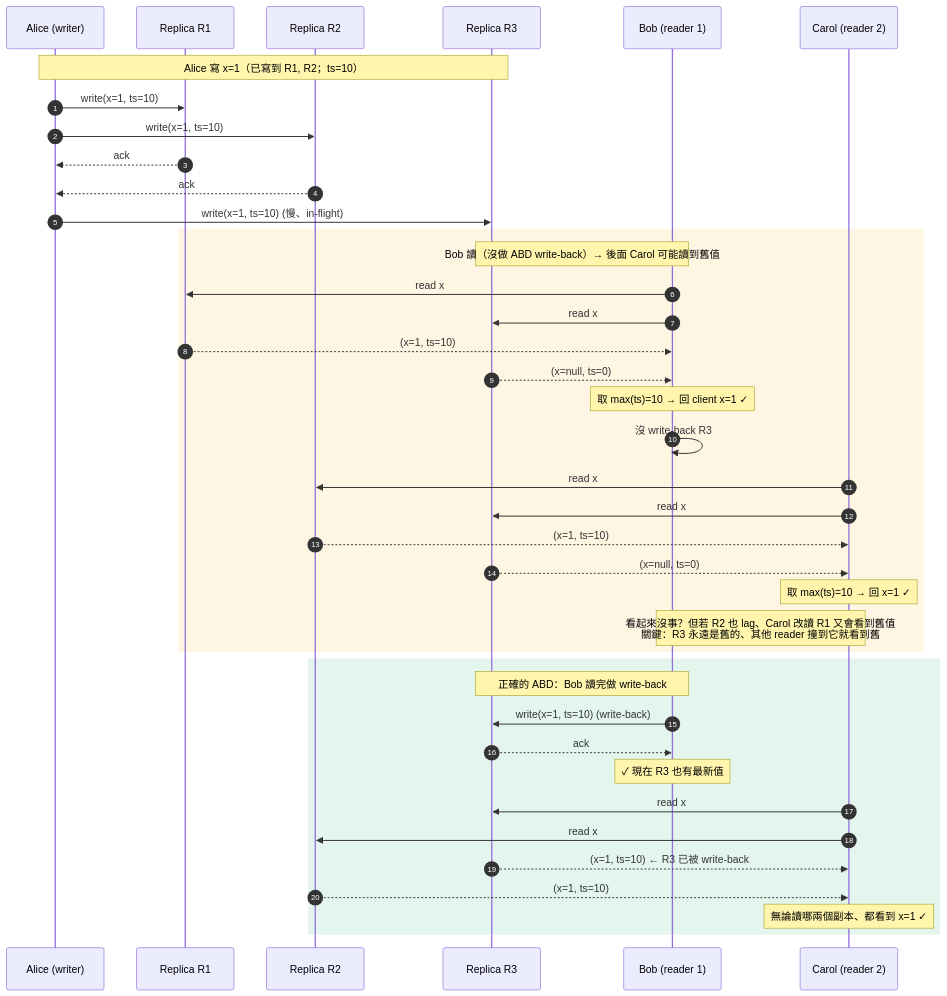
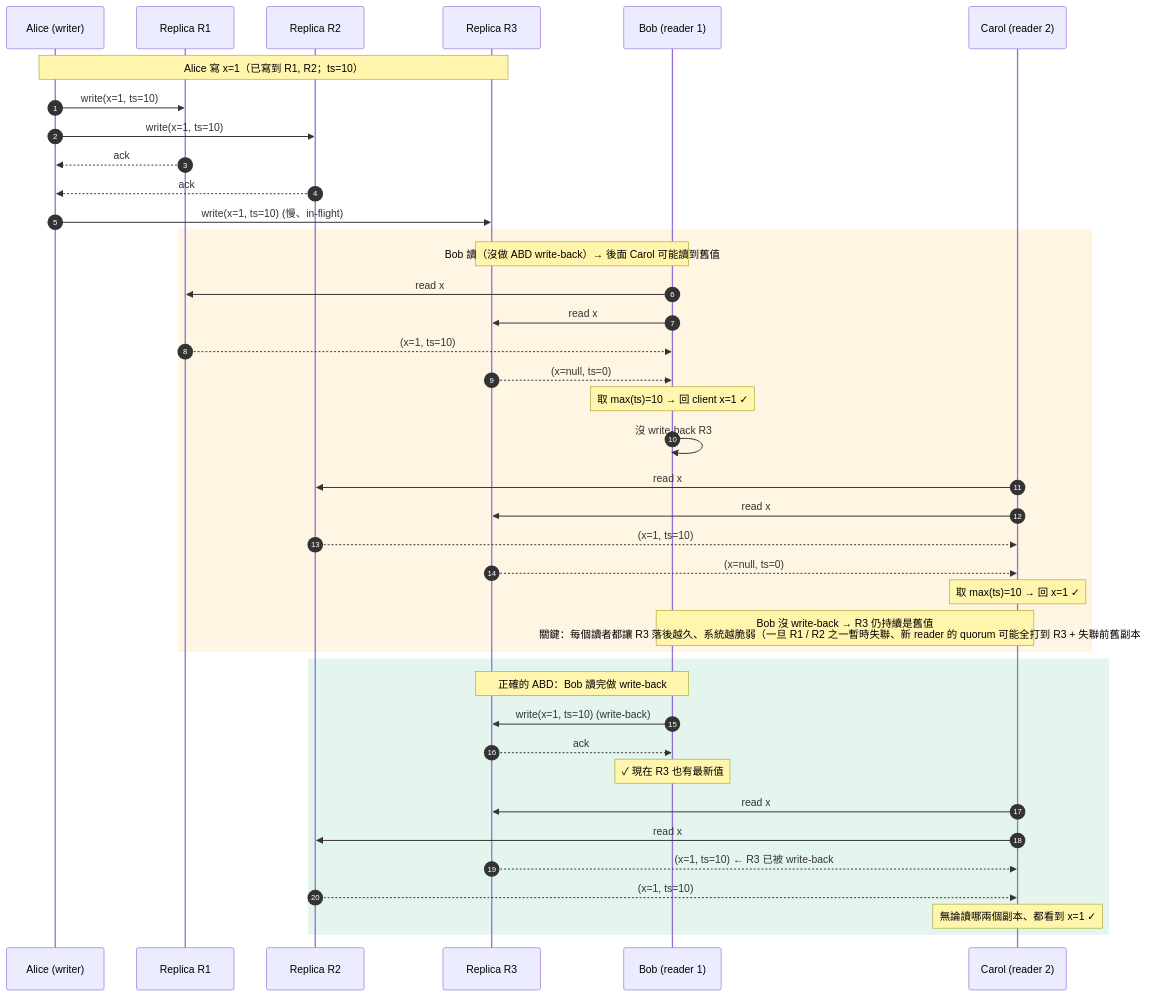
Before and after one commit to maplestartend/ddia-zh: the first of 4 diagrams in docs/part-2/ch09-consistency.md, drawn with Mermaid. The commit also changed other lines of this file and 32 other files, not shown here.

````diff
--- a/docs/part-2/ch09-consistency.md
+++ b/docs/part-2/ch09-consistency.md
@@ -88,46 +88,46 @@
 ```mermaid
 sequenceDiagram
     autonumber
     participant Alice as Alice (writer)
     participant R1 as Replica R1
     participant R2 as Replica R2
     participant R3 as Replica R3
     participant Bob as Bob (reader 1)
     participant Carol as Carol (reader 2)
 
     Note over Alice,R3: Alice 寫 x=1（已寫到 R1, R2；ts=10）
     Alice->>R1: write(x=1, ts=10)
     Alice->>R2: write(x=1, ts=10)
     R1-->>Alice: ack
     R2-->>Alice: ack
     Alice->>R3: write(x=1, ts=10) (慢、in-flight)
 
     rect rgba(255,200,100,0.18)
     Note over Bob,R3: Bob 讀（沒做 ABD write-back）→ 後面 Carol 可能讀到舊值
     Bob->>R1: read x
     Bob->>R3: read x
     R1-->>Bob: (x=1, ts=10)
     R3-->>Bob: (x=null, ts=0)
     Note over Bob: 取 max(ts)=10 → 回 client x=1 ✓
     Bob->>Bob: 沒 write-back R3
 
     Carol->>R2: read x
     Carol->>R3: read x
     R2-->>Carol: (x=1, ts=10)
     R3-->>Carol: (x=null, ts=0)
     Note over Carol: 取 max(ts)=10 → 回 x=1 ✓
-    Note over Bob,Carol: 看起來沒事？但若 R2 也 lag、Carol 改讀 R1 又會看到舊值<br/>關鍵：R3 永遠是舊的、其他 reader 撞到它就看到舊
+    Note over Bob,Carol: Bob 沒 write-back → R3 仍持續是舊值<br/>關鍵：每個讀者都讓 R3 落後越久、系統越脆弱（一旦 R1 / R2 之一暫時失聯、新 reader 的 quorum 可能全打到 R3 + 失聯前舊副本）
     end
 
     rect rgba(100,200,150,0.18)
     Note over Bob,R3: 正確的 ABD：Bob 讀完做 write-back
     Bob->>R3: write(x=1, ts=10) (write-back)
     R3-->>Bob: ack
     Note over Bob: ✓ 現在 R3 也有最新值
     Carol->>R3: read x
     Carol->>R2: read x
     R3-->>Carol: (x=1, ts=10) ← R3 已被 write-back
     R2-->>Carol: (x=1, ts=10)
     Note over Carol: 無論讀哪兩個副本、都看到 x=1 ✓
     end
 ```
````
